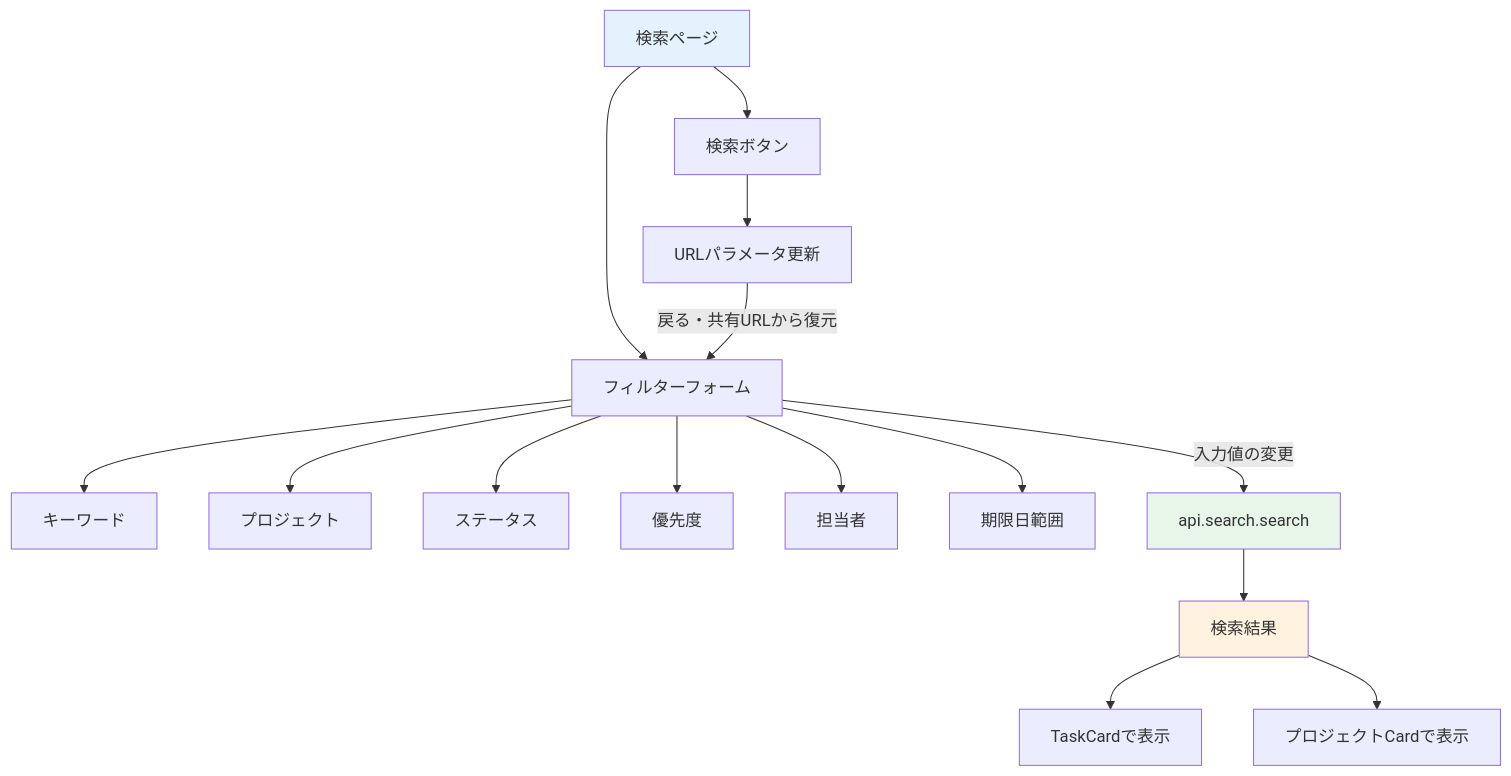
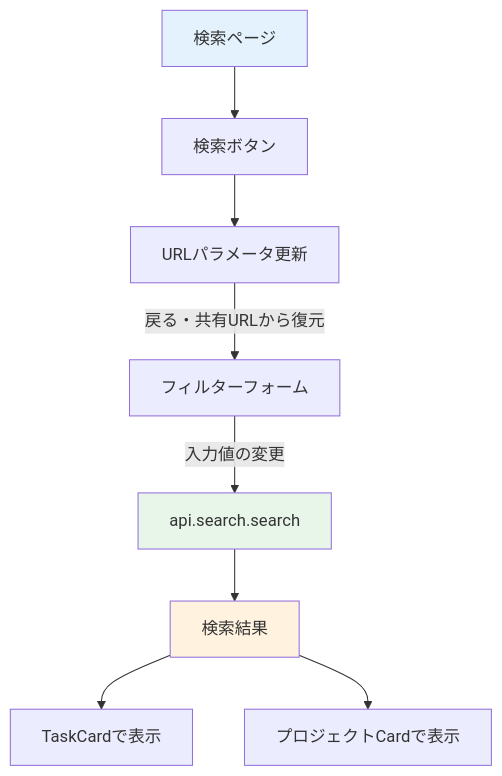
Before and after one commit to kouiso/task-app: the second of 4 diagrams in material/30days-curriculum/day20_タスク検索機能.md, drawn with Mermaid. The commit also changed other lines of this file and 345 other files, not shown here.

````diff
--- a/material/30days-curriculum/day20_タスク検索機能.md
+++ b/material/30days-curriculum/day20_タスク検索機能.md
@@ -32,22 +47,14 @@
 ```mermaid
 flowchart TD
-    A[検索ページ] --> B[フィルターフォーム]
-    B --> C[キーワード]
-    B --> D[プロジェクト]
-    B --> E[ステータス]
-    B --> F[優先度]
-    B --> G[担当者]
-    B --> H[期限日範囲]
-
-    A --> I[検索ボタン]
+    A[検索ページ] --> I[検索ボタン]
     I --> J[URLパラメータ更新]
-    B -->|入力値の変更| K[api.search.search]
+    B[フィルターフォーム] -->|入力値の変更| K[api.search.search]
     J -->|戻る・共有URLから復元| B
     K --> L[検索結果]
     L --> M[TaskCardで表示]
     L --> N[プロジェクトCardで表示]
 
     style A fill:#e3f2fd
     style K fill:#e8f5e9
     style L fill:#fff3e0
 ```
````
